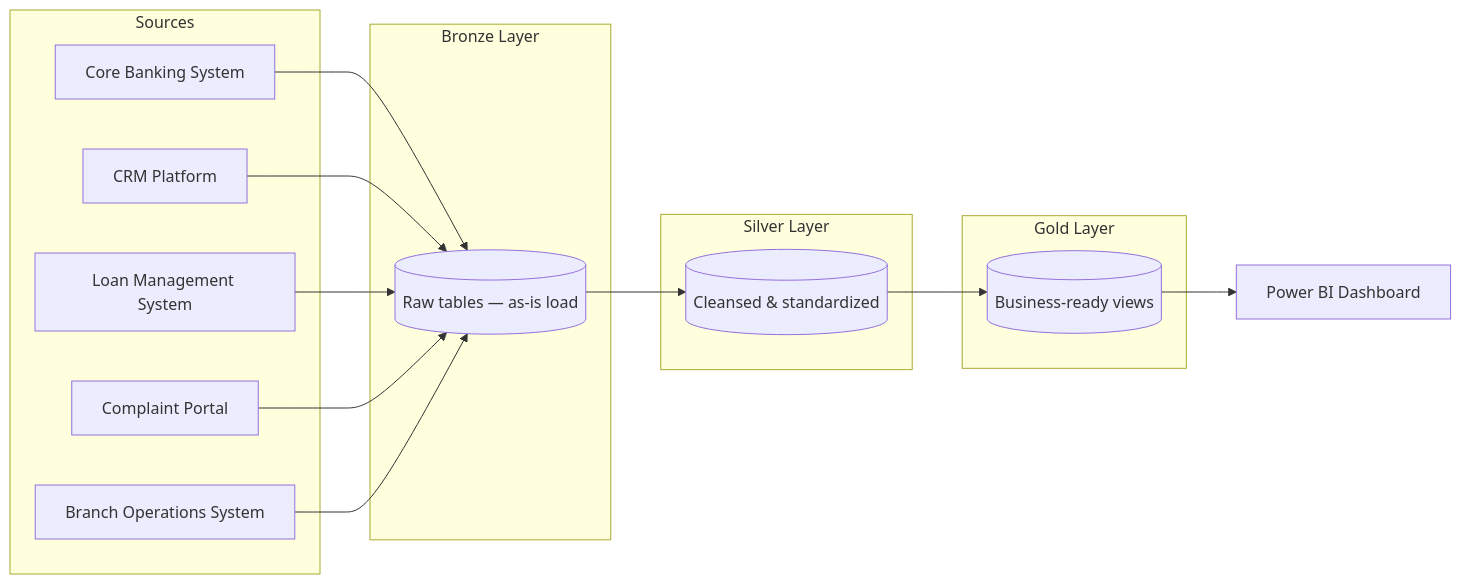
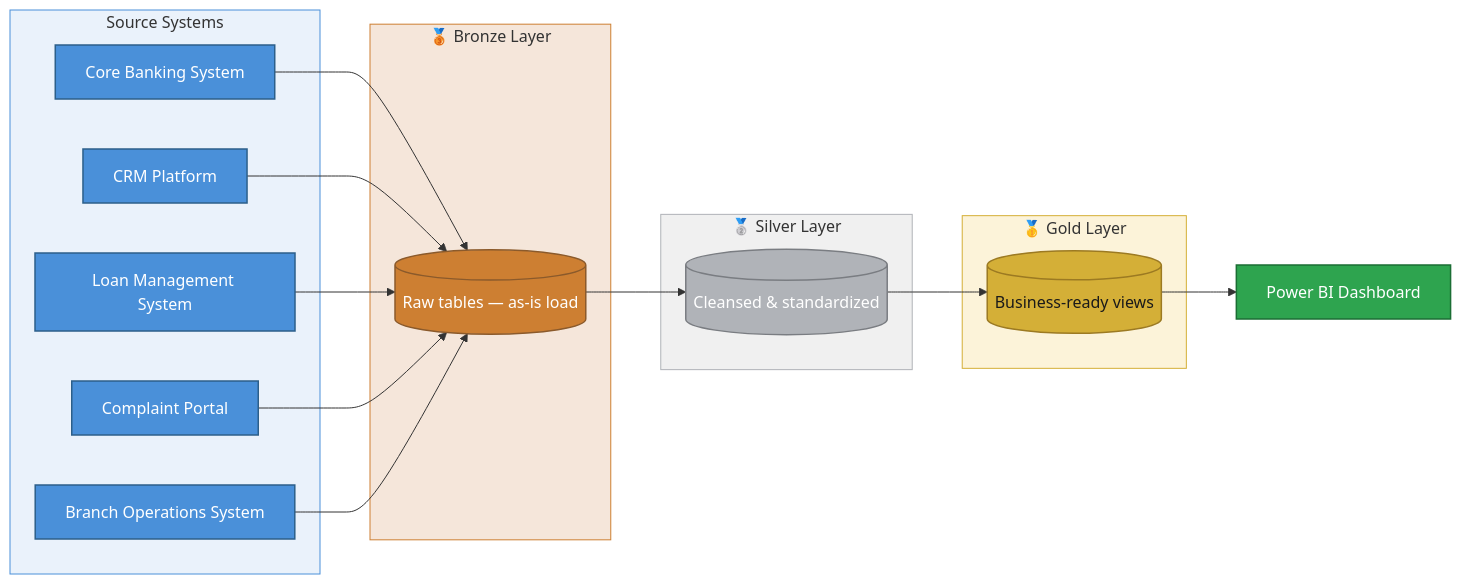
Before and after one commit to Yetunde2525/UK-RETAIL-BANKING-DW: the diagram in README.md, drawn with Mermaid. The commit also changed other lines of this file, not shown here.

First line of the commit message:
Enhance README with clearer architecture and usage steps

````diff
--- a/README.md
+++ b/README.md
@@ -46,31 +46,48 @@
 ```mermaid
 flowchart LR
-    subgraph Sources
+    subgraph Sources["Source Systems"]
         A[Core Banking System]
         B[CRM Platform]
         C[Loan Management System]
         D[Complaint Portal]
         E[Branch Operations System]
     end
 
-    subgraph Bronze [Bronze Layer]
+    subgraph Bronze["🥉 Bronze Layer"]
         F[(Raw tables — as-is load)]
     end
 
-    subgraph Silver [Silver Layer]
+    subgraph Silver["🥈 Silver Layer"]
         G[(Cleansed & standardized)]
     end
 
-    subgraph Gold [Gold Layer]
+    subgraph Gold["🥇 Gold Layer"]
         H[(Business-ready views)]
     end
 
     A --> F
     B --> F
     C --> F
     D --> F
     E --> F
     F --> G
     G --> H
     H --> I[Power BI Dashboard]
+
+    classDef sourceStyle fill:#4A90D9,stroke:#2C5F8A,color:#ffffff,stroke-width:1.5px;
+    classDef bronzeStyle fill:#CD7F32,stroke:#8B5A2B,color:#ffffff,stroke-width:1.5px;
+    classDef silverStyle fill:#B0B3B8,stroke:#7A7D82,color:#ffffff,stroke-width:1.5px;
+    classDef goldStyle fill:#D4AF37,stroke:#9C7A22,color:#1a1a1a,stroke-width:1.5px;
+    classDef dashboardStyle fill:#2EA44F,stroke:#1B6E34,color:#ffffff,stroke-width:1.5px;
+
+    class A,B,C,D,E sourceStyle;
+    class F bronzeStyle;
+    class G silverStyle;
+    class H goldStyle;
+    class I dashboardStyle;
+
+    style Sources fill:#EAF2FB,stroke:#4A90D9,stroke-width:1px;
+    style Bronze  fill:#F5E6DA,stroke:#CD7F32,stroke-width:1px;
+    style Silver  fill:#F0F0F0,stroke:#B0B3B8,stroke-width:1px;
+    style Gold    fill:#FCF3D9,stroke:#D4AF37,stroke-width:1px;
 ```
````
